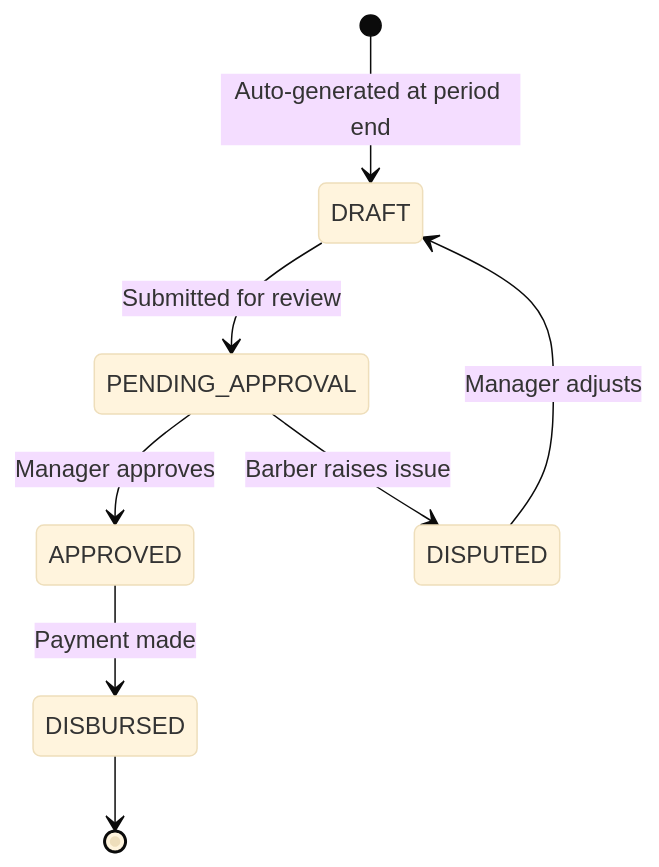
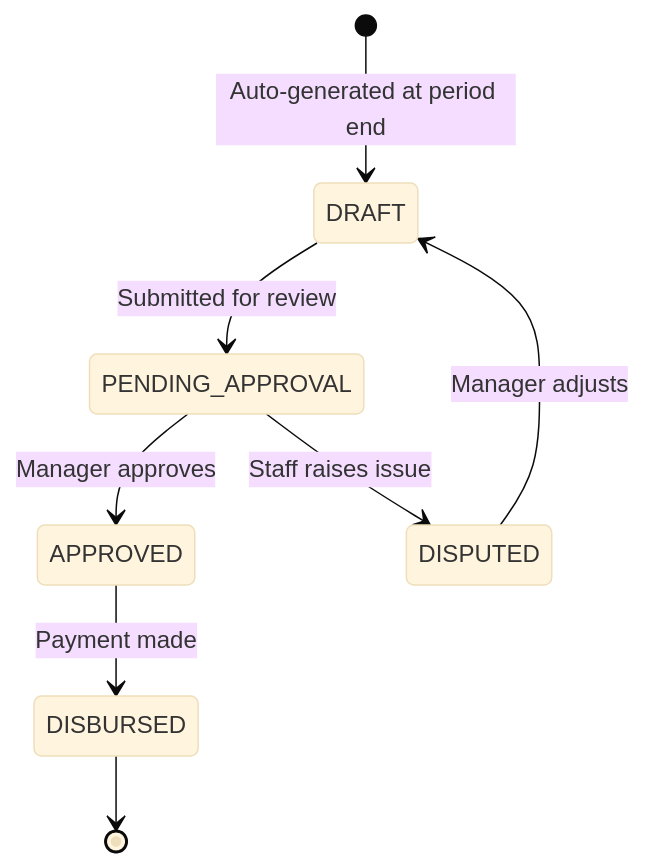
One commit to fitzfitz/bs-project changed the fifth of 8 diagrams in docs/business_logic.md. Above: the diagram before and after it, drawn with Mermaid (base theme). The commit also changed other lines of this file and 628 other files, not shown here.

````diff
--- a/docs/business_logic.md
+++ b/docs/business_logic.md
@@ -164,10 +172,10 @@
 ```mermaid
 stateDiagram-v2
     [*] --> DRAFT : Auto-generated at period end
     DRAFT --> PENDING_APPROVAL : Submitted for review
     PENDING_APPROVAL --> APPROVED : Manager approves
-    PENDING_APPROVAL --> DISPUTED : Barber raises issue
+    PENDING_APPROVAL --> DISPUTED : Staff raises issue
     DISPUTED --> DRAFT : Manager adjusts
     APPROVED --> DISBURSED : Payment made
     DISBURSED --> [*]
 ```
````
